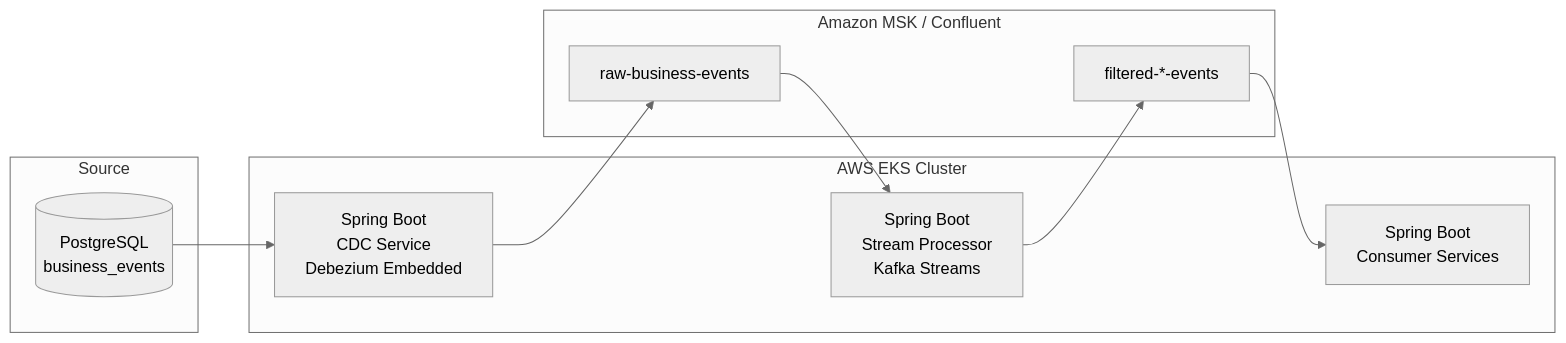
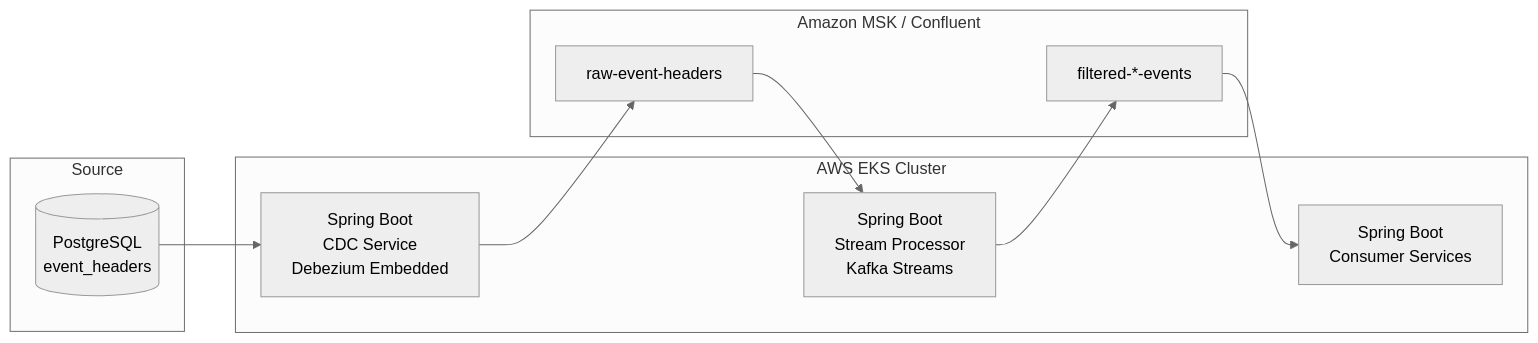
One commit to RickZee/api-performance-multi-lang changed the second of 2 diagrams in cdc-streaming/spring-boot-alternative-architecture.md. Above: the diagram before and after it, drawn with Mermaid (neutral theme). The commit also changed other lines of this file and 43 other files, not shown here.

````diff
--- a/cdc-streaming/spring-boot-alternative-architecture.md
+++ b/cdc-streaming/spring-boot-alternative-architecture.md
@@ -49,19 +49,19 @@
 ```mermaid
 flowchart LR
     subgraph Source["Source"]
-        PG[("PostgreSQL<br/>business_events")]
+        PG[("PostgreSQL<br/>event_headers")]
     end
     
     subgraph EKS["AWS EKS Cluster"]
         CDC[Spring Boot<br/>CDC Service<br/>Debezium Embedded]
         SP[Spring Boot<br/>Stream Processor<br/>Kafka Streams]
         C1[Spring Boot<br/>Consumer Services]
     end
     
     subgraph Kafka["Amazon MSK / Confluent"]
-        KR[raw-business-events]
+        KR[raw-event-headers]
         KF[filtered-*-events]
     end
     
     PG --> CDC --> KR --> SP --> KF --> C1
 ```
````
